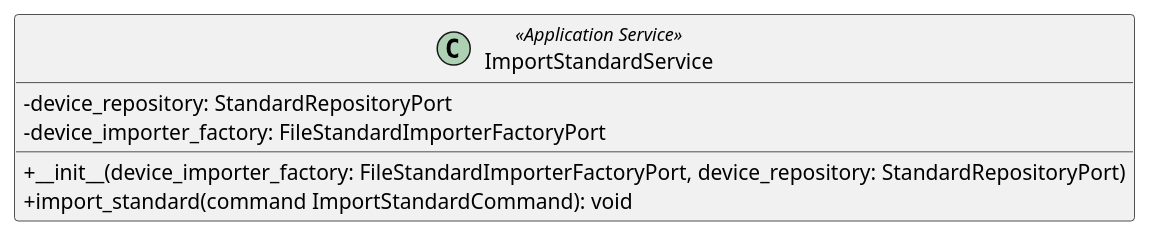
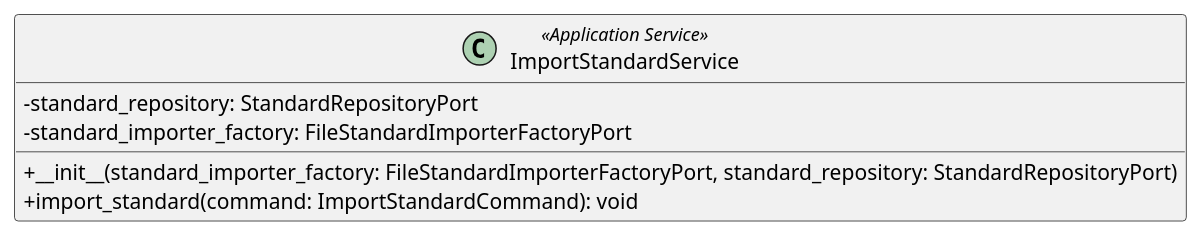
One commit to GroupRubberDuck/Documentazione changed the diagram in src/PB/DocumentazioneEsterna/Specifica_Tecnica/content/uml/puml/Diagrammi_classi/Backend/ApplicationServices/ImportStandardService.puml. Above: the diagram before and after it, drawn with PlantUML. The commit also changed 22 other files, not shown here.

Commit message:
fix:st command su asset e import

```diff
--- a/src/PB/DocumentazioneEsterna/Specifica_Tecnica/content/uml/puml/Diagrammi_classi/Backend/ApplicationServices/ImportStandardService.puml
+++ b/src/PB/DocumentazioneEsterna/Specifica_Tecnica/content/uml/puml/Diagrammi_classi/Backend/ApplicationServices/ImportStandardService.puml
@@ -1,10 +1,10 @@
 @startuml ImportStandardService
 skinparam classAttributeIconSize 0
 class ImportStandardService <<Application Service>> {
-    - device_repository: StandardRepositoryPort
-    - device_importer_factory: FileStandardImporterFactoryPort
-    + __init__(device_importer_factory: FileStandardImporterFactoryPort, device_repository: StandardRepositoryPort)
-    + import_standard(command ImportStandardCommand): void
+    - standard_repository: StandardRepositoryPort
+    - standard_importer_factory: FileStandardImporterFactoryPort
+    + __init__(standard_importer_factory: FileStandardImporterFactoryPort, standard_repository: StandardRepositoryPort)
+    + import_standard(command: ImportStandardCommand): void
 }
 
 @enduml
```
